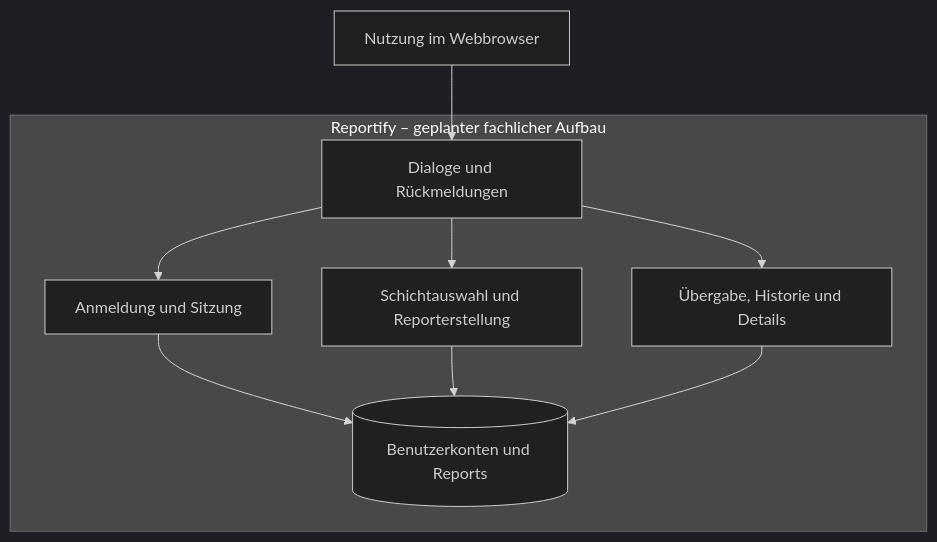
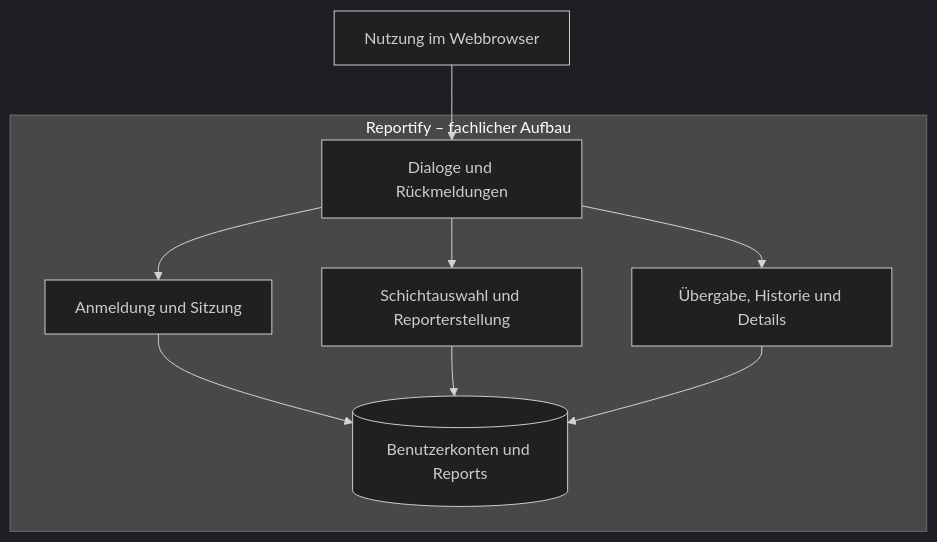
One commit to luisacordes2002-droid/Projekt-1- changed the diagram in docs/specification/P2-architekturueberblick.md. Above: the diagram before and after it, drawn with Mermaid (dark theme). The commit also changed other lines of this file and 21 other files, not shown here.

````diff
--- a/docs/specification/P2-architekturueberblick.md
+++ b/docs/specification/P2-architekturueberblick.md
@@ -47,19 +45,19 @@
 ```mermaid
 flowchart TB
     B["Nutzung im Webbrowser"] --> O
 
-    subgraph R["Reportify – geplanter fachlicher Aufbau"]
+    subgraph R["Reportify – fachlicher Aufbau"]
         O["Dialoge und Rückmeldungen"]
         Z["Anmeldung und Sitzung"]
         E["Schichtauswahl und Reporterstellung"]
         L["Übergabe, Historie und Details"]
         D[("Benutzerkonten und Reports")]
 
         O --> Z
         O --> E
         O --> L
         Z --> D
         E --> D
         L --> D
     end
 ```
````
